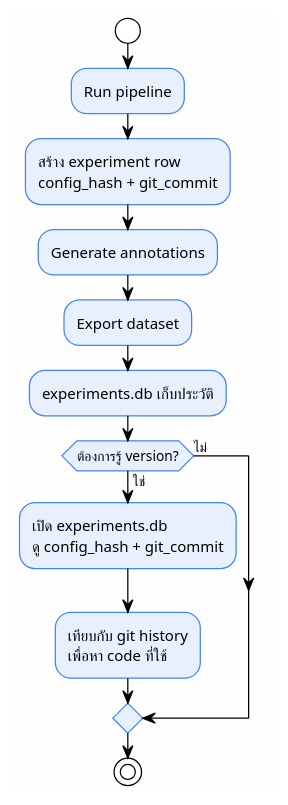
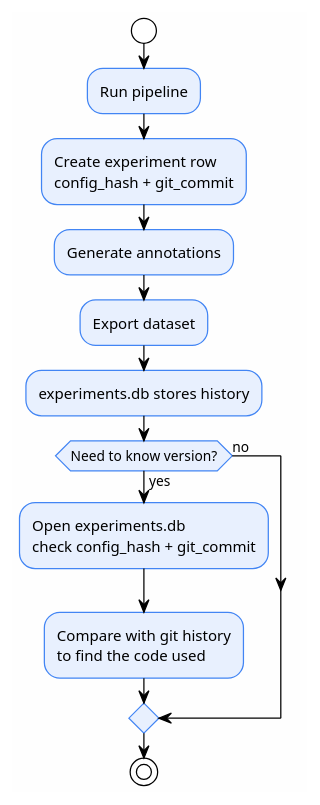
Before and after one commit to Telotubbies/auto_label: the second of 3 diagrams in docs/architecture/data-flow.md, drawn with PlantUML. The commit also changed other lines of this file and 118 other files, not shown here.

````diff
--- a/docs/architecture/data-flow.md
+++ b/docs/architecture/data-flow.md
@@ -197,22 +197,22 @@
 ```plantuml {align="center"}
 @startuml
 !theme plain
 skinparam linetype ortho
 skinparam backgroundColor #FEFEFE
 skinparam ActivityBackgroundColor #E8F0FE
 skinparam ActivityBorderColor #4285F4
 
 start
 :Run pipeline;
-:สร้าง experiment row\nconfig_hash + git_commit;
+:Create experiment row\nconfig_hash + git_commit;
 :Generate annotations;
 :Export dataset;
-:experiments.db เก็บประวัติ;
-if (ต้องการรู้ version?) then (ใช่)
-  :เปิด experiments.db\nดู config_hash + git_commit;
-  :เทียบกับ git history\nเพื่อหา code ที่ใช้;
-else (ไม่)
+:experiments.db stores history;
+if (Need to know version?) then (yes)
+  :Open experiments.db\ncheck config_hash + git_commit;
+  :Compare with git history\nto find the code used;
+else (no)
 endif
 stop
 @enduml
 ```
````
